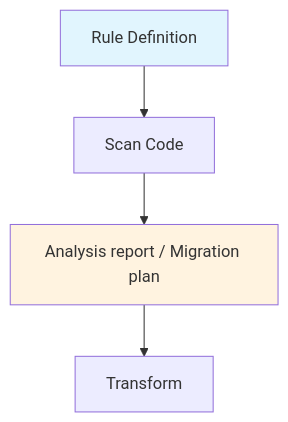
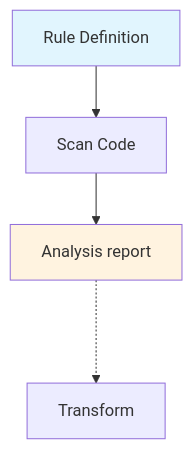
The first of 2 diagrams in README.md (snowdrop/migration-tool), drawn with Mermaid before and after one commit. The commit also changed other lines of this file, not shown here.

````diff
--- a/README.md
+++ b/README.md
@@ -13,9 +14,9 @@
 ```mermaid
 flowchart TD
     A[Rule Definition] --> B[Scan Code]
-    B --> C[Analysis report / Migration plan]
-    C --> D[Transform]
+    B --> C[Analysis report]
+    C -..-> D[Transform]
 
     style A fill:#e1f5fe
     style C fill:#fff3e0
 ```
````
